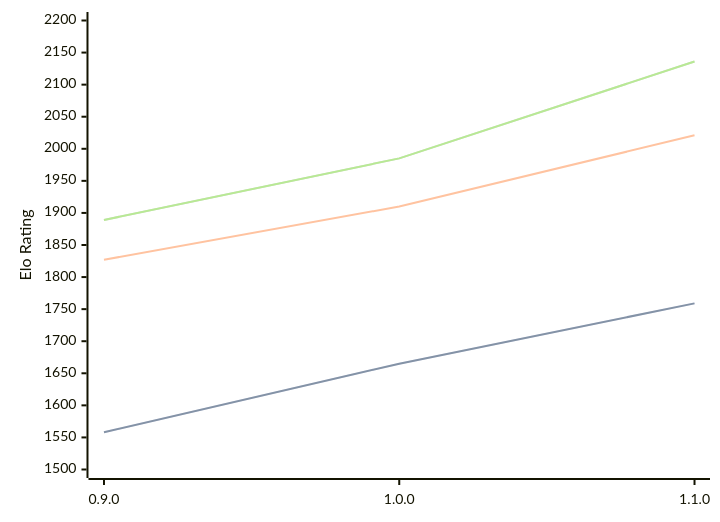
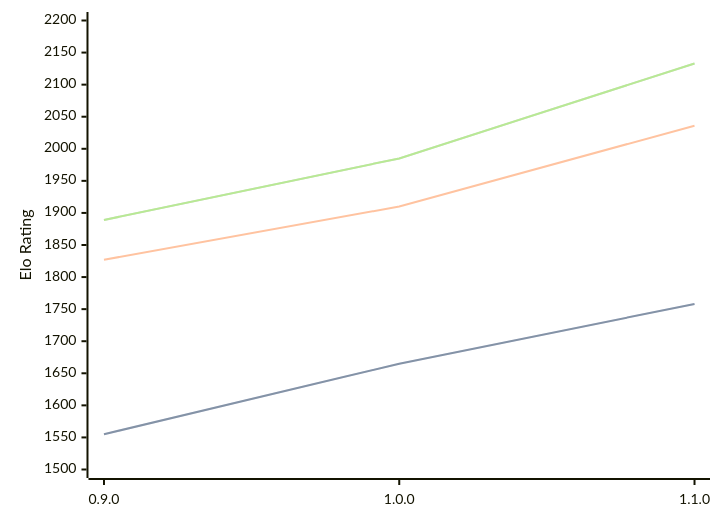
Before and after one commit to computer-chess-index/cci: the diagram in engines/Ratsu.md, drawn with Mermaid. The commit also changed other lines of this file, not shown here.

Commit message:
Update CCI Ratings (ELO VLTC) - 2026-04-25

````diff
--- a/engines/Ratsu.md
+++ b/engines/Ratsu.md
@@ -33,11 +33,11 @@
 ```mermaid
 %%{init: {"theme":"base","themeVariables":{"seriesColors:['#a3a3a3','#222221','#faa371']}}}%%
 xychart-beta
   x-axis ["0.9.0", "1.0.0", "1.1.0"]
   y-axis "Elo Rating" 1500 --> 2200
-  line "STC (8.0+0.08s)" [1558, 1665, 1759]
-  line "STC (8.0+0.08s)" [1558, 1665, 1759]
-  line "LTC (60.0+0.60s)" [1827, 1910, 2021]
-  line "VLTC (2m24s+1.12s)" [1889, 1985, 2136]
-  line "VLTC (2m24s+1.12s)" [1889, 1985, 2136]
+  line "STC (8.0+0.08s)" [1555, 1665, 1758]
+  line "STC (8.0+0.08s)" [1555, 1665, 1758]
+  line "LTC (60.0+0.60s)" [1827, 1910, 2036]
+  line "VLTC (2m24s+1.12s)" [1889, 1985, 2133]
+  line "VLTC (2m24s+1.12s)" [1889, 1985, 2133]
 ```
````
